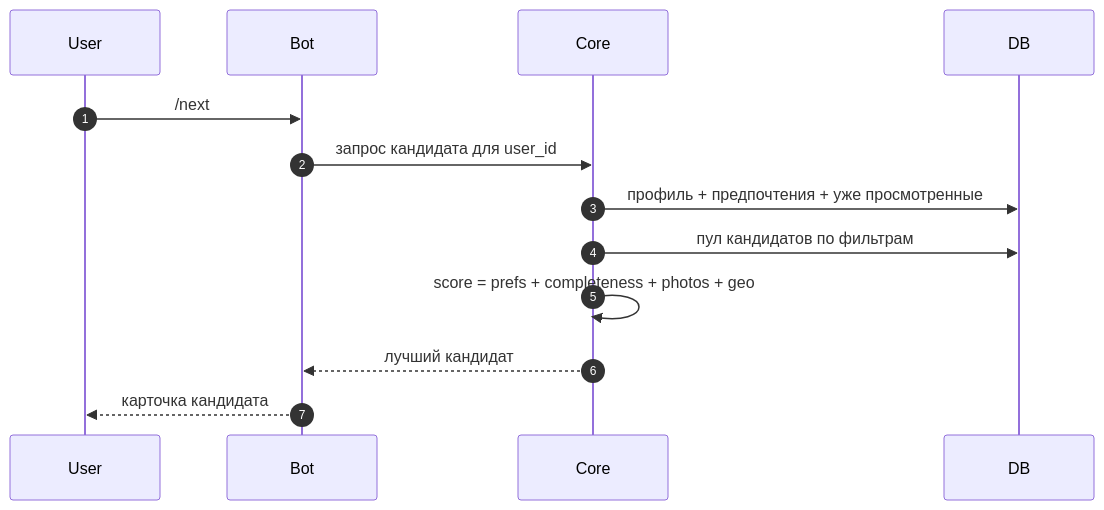
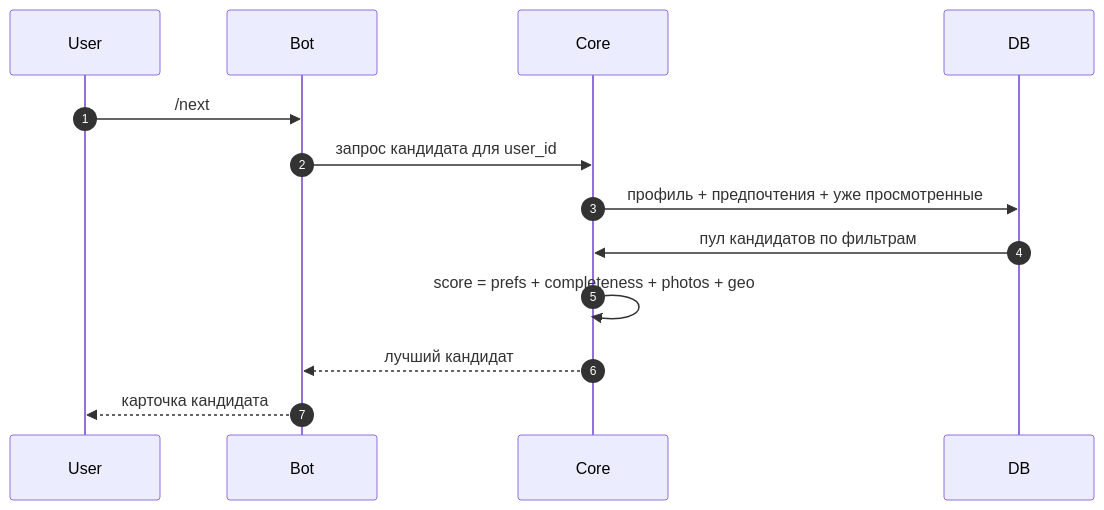
The second of 2 diagrams in docs/02-architecture.md (Gorox2007/TRPO), drawn with Mermaid before and after one commit.

````diff
--- a/docs/02-architecture.md
+++ b/docs/02-architecture.md
@@ -22,16 +22,16 @@
 ```mermaid
 sequenceDiagram
     autonumber
     participant U as User
     participant B as Bot
     participant C as Core
     participant D as DB
 
     U->>B: /next
     B->>C: запрос кандидата для user_id
     C->>D: профиль + предпочтения + уже просмотренные
-    C->>D: пул кандидатов по фильтрам
+    D->>C: пул кандидатов по фильтрам
     C->>C: score = prefs + completeness + photos + geo
     C-->>B: лучший кандидат
     B-->>U: карточка кандидата
 ```
````
